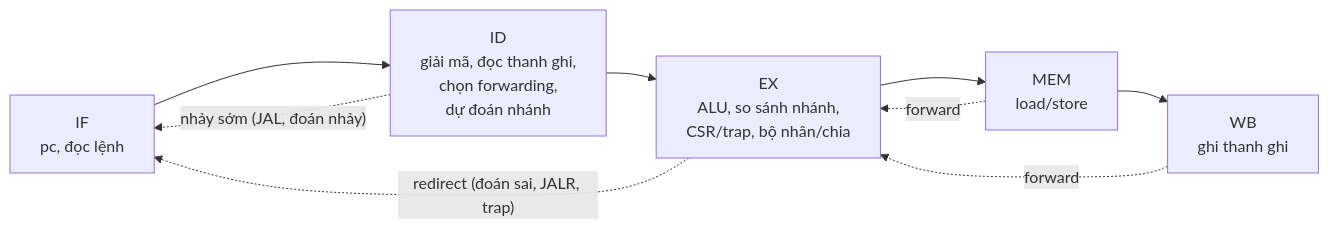
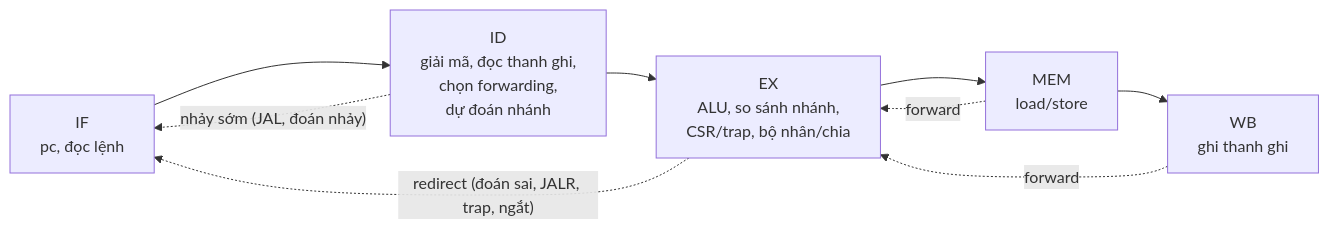
One commit to trandangduy777-cloud/rv32i-single-cycle changed the diagram in README.md. Above: the diagram before and after it, drawn with Mermaid. The commit also changed other lines of this file and 1 other file, not shown here.

````diff
--- a/README.md
+++ b/README.md
@@ -19,11 +21,11 @@
 ```mermaid
 flowchart LR
     IF["IF<br/>pc, đọc lệnh"] --> ID["ID<br/>giải mã, đọc thanh ghi,<br/>chọn forwarding,<br/>dự đoán nhánh"]
     ID --> EX["EX<br/>ALU, so sánh nhánh,<br/>CSR/trap, bộ nhân/chia"]
     EX --> MEM["MEM<br/>load/store"]
     MEM --> WB["WB<br/>ghi thanh ghi"]
     ID -. "nhảy sớm (JAL, đoán nhảy)" .-> IF
-    EX -. "redirect (đoán sai, JALR, trap)" .-> IF
+    EX -. "redirect (đoán sai, JALR, trap, ngắt)" .-> IF
     MEM -. "forward" .-> EX
     WB -. "forward" .-> EX
 ```
````
